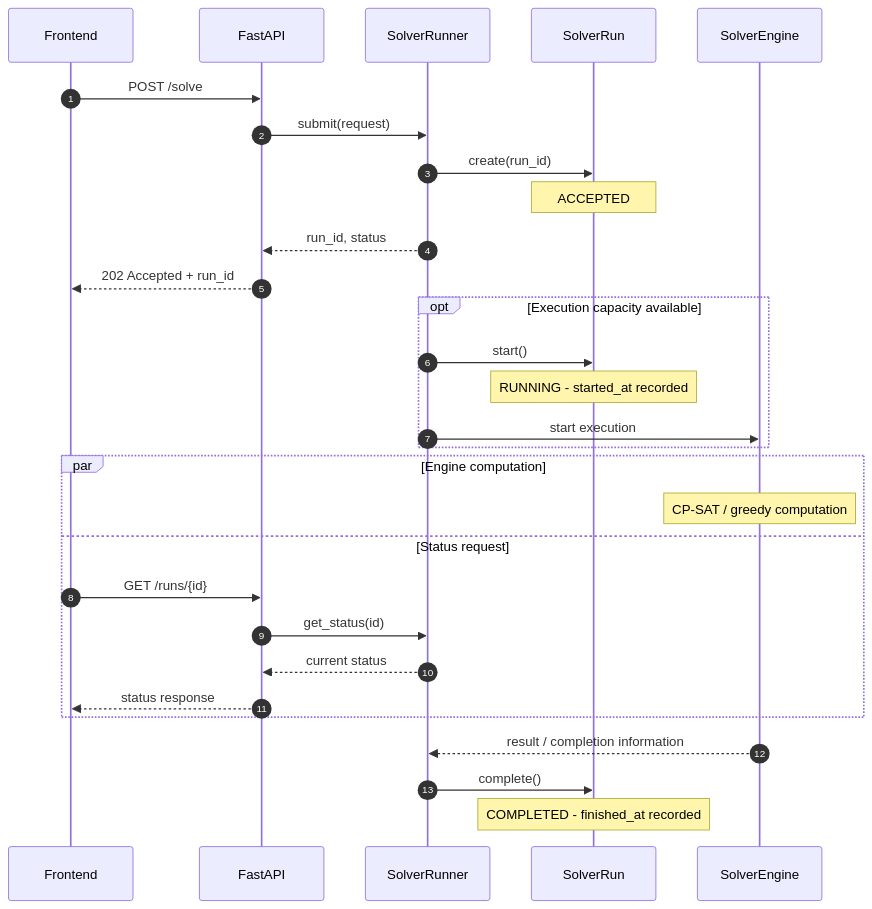
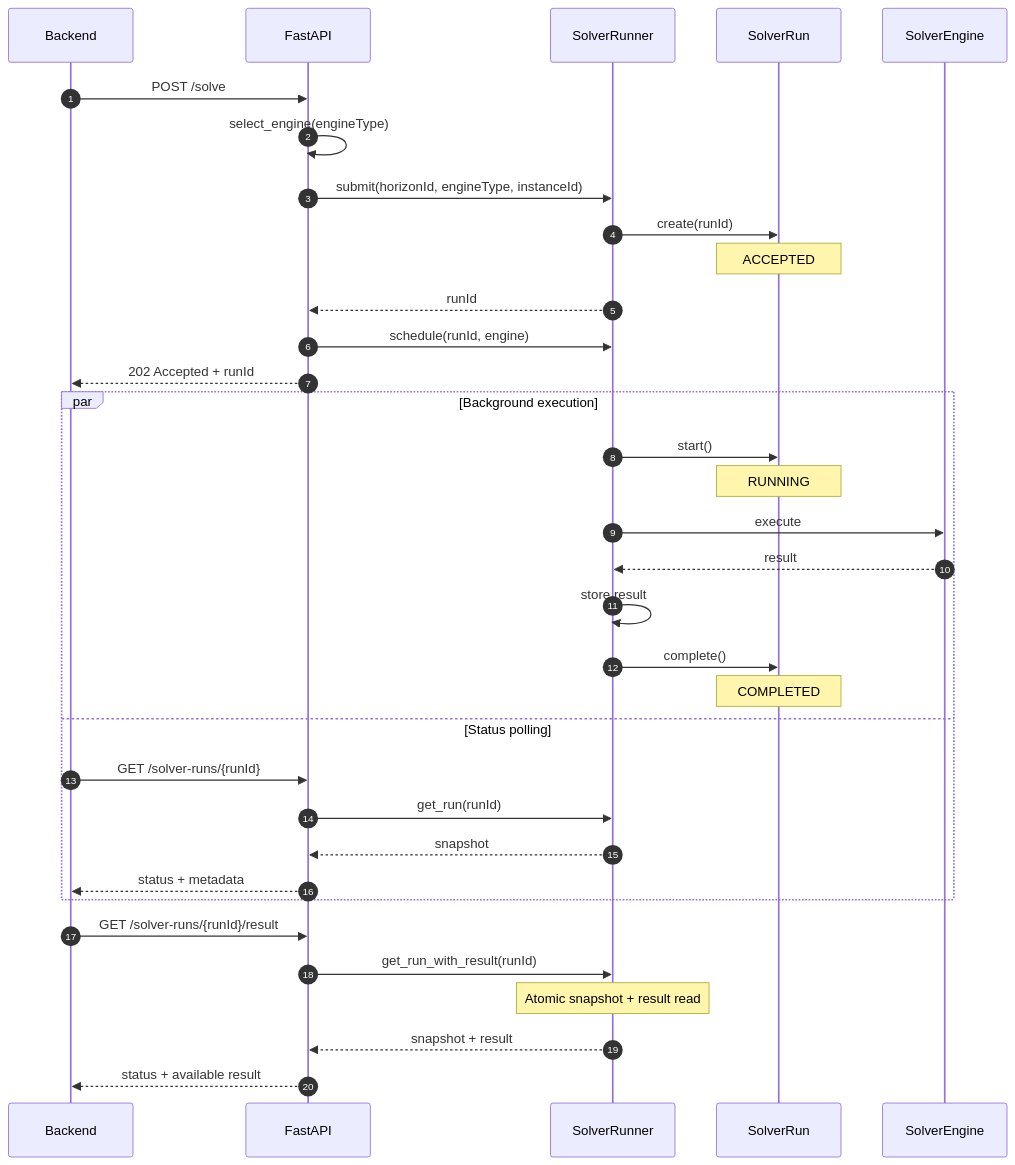
The fourth of 4 diagrams in Solver/docs/solver_lifecycle_architecture.md (klaudia021/Beosztasmester), drawn with Mermaid before and after one commit. The commit also changed other lines of this file and 4 other files, not shown here.

Commit message:
feat(solver): add atomic run status and result retrieval

````diff
--- a/Solver/docs/solver_lifecycle_architecture.md
+++ b/Solver/docs/solver_lifecycle_architecture.md
@@ -220,35 +225,39 @@
 ```mermaid
 sequenceDiagram
     autonumber
-    participant F as Frontend
+    participant B as Backend
     participant A as FastAPI
     participant R as SolverRunner
     participant M as SolverRun
     participant E as SolverEngine
 
-    F->>A: POST /solve
-    A->>R: submit(request)
-    R->>M: create(run_id)
+    B->>A: POST /solve
+    A->>A: select_engine(engineType)
+    A->>R: submit(horizonId, engineType, instanceId)
+    R->>M: create(runId)
     Note over M: ACCEPTED
-    R-->>A: run_id, status
-    A-->>F: 202 Accepted + run_id
+    R-->>A: runId
+    A->>R: schedule(runId, engine)
+    A-->>B: 202 Accepted + runId
 
-    opt Execution capacity available
+    par Background execution
         R->>M: start()
-        Note over M: RUNNING - started_at recorded
-        R->>E: start execution
+        Note over M: RUNNING
+        R->>E: execute
+        E-->>R: result
+        R->>R: store result
+        R->>M: complete()
+        Note over M: COMPLETED
+    and Status polling
+        B->>A: GET /solver-runs/{runId}
+        A->>R: get_run(runId)
+        R-->>A: snapshot
+        A-->>B: status + metadata
     end
 
-    par Engine computation
-        Note over E: CP-SAT / greedy computation
-    and Status request
-        F->>A: GET /runs/{id}
-        A->>R: get_status(id)
-        R-->>A: current status
-        A-->>F: status response
-    end
-
-    E-->>R: result / completion information
-    R->>M: complete()
-    Note over M: COMPLETED - finished_at recorded
+    B->>A: GET /solver-runs/{runId}/result
+    A->>R: get_run_with_result(runId)
+    Note over R: Atomic snapshot + result read
+    R-->>A: snapshot + result
+    A-->>B: status + available result
 ```
````
